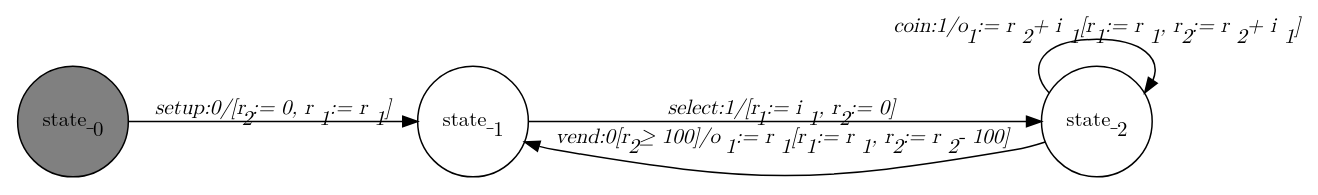
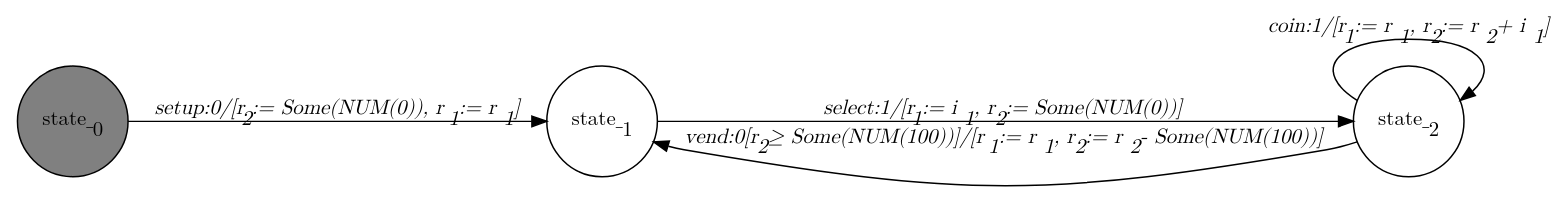
The diagram in dotfiles/Drinks_Machine_Payforward.dot (jmafoster1/efsm-sal), drawn with Graphviz before and after one commit. The commit also changed 14 other files, not shown here.

```diff
--- a/dotfiles/Drinks_Machine_Payforward.dot
+++ b/dotfiles/Drinks_Machine_Payforward.dot
@@ -1,14 +1,14 @@
 digraph Drinks_Machine_Payforward{
    graph [rankdir="LR", fontname="Latin Modern Math"];
    node [color="black", fillcolor="white", shape="circle", style="filled", fontname="Latin Modern Math"];
    edge [fontname="Latin Modern Math"];
 
    State_0[fillcolor="gray", label=<state_<sub>0</sub>>];
    State_1[label=<state_<sub>1</sub>>];
    State_2[label=<state_<sub>2</sub>>];
 
-   State_1->State_2[label=<<i>select:1/&#91;r<sub>1</sub> := i<sub>1</sub>, r<sub>2</sub> := 0&#93;</i>>];
-   State_2->State_2[label=<<i>coin:1/o<sub>1</sub> := r<sub>2</sub> + i<sub>1</sub>&#91;r<sub>1</sub> := r<sub>1</sub>, r<sub>2</sub> := r<sub>2</sub> + i<sub>1</sub>&#93;</i>>];
-   State_0->State_1[label=<<i>setup:0/&#91;r<sub>2</sub> := 0, r<sub>1</sub> := r<sub>1</sub>&#93;</i>>];
-   State_2->State_1[label=<<i>vend:0&#91;r<sub>2</sub> &ge; 100&#93;/o<sub>1</sub> := r<sub>1</sub>&#91;r<sub>1</sub> := r<sub>1</sub>, r<sub>2</sub> := r<sub>2</sub> - 100&#93;</i>>];
+   State_1->State_2[label=<<i>select:1/&#91;r<sub>1</sub> := i<sub>1</sub>, r<sub>2</sub> := Some(NUM(0))&#93;</i>>];
+   State_2->State_2[label=<<i>coin:1/&#91;r<sub>1</sub> := r<sub>1</sub>, r<sub>2</sub> := r<sub>2</sub> + i<sub>1</sub>&#93;</i>>];
+   State_0->State_1[label=<<i>setup:0/&#91;r<sub>2</sub> := Some(NUM(0)), r<sub>1</sub> := r<sub>1</sub>&#93;</i>>];
+   State_2->State_1[label=<<i>vend:0&#91;r<sub>2</sub> &ge; Some(NUM(100))&#93;/&#91;r<sub>1</sub> := r<sub>1</sub>, r<sub>2</sub> := r<sub>2</sub> - Some(NUM(100))&#93;</i>>];
 }
```
